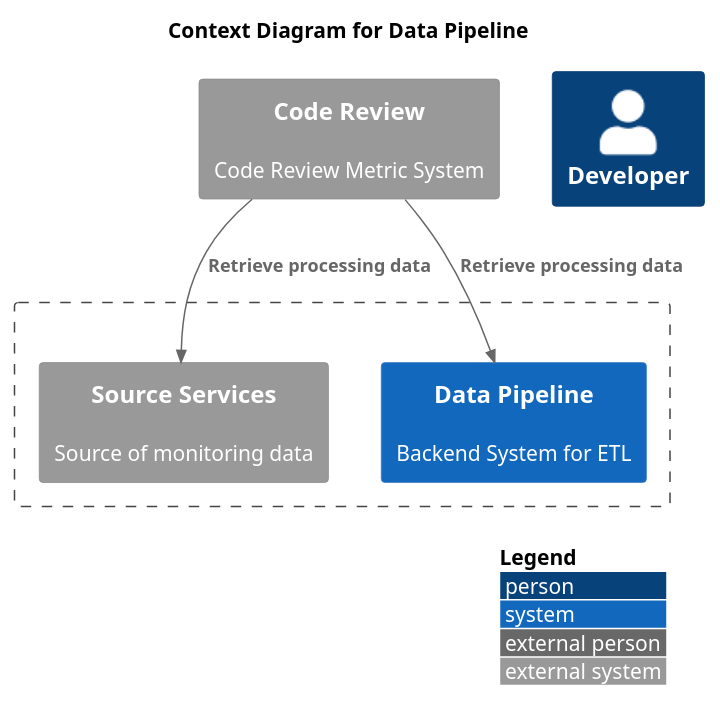
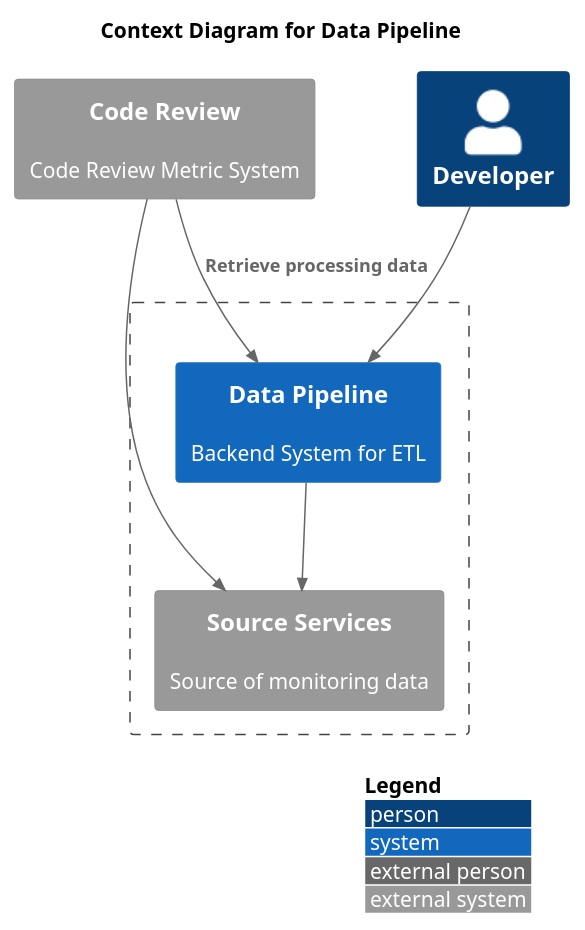
The diagram in _diary/2024-06-19.md (yanghoon/obsidian-workspace), drawn with PlantUML before and after one commit.

Commit message:
vault backup: 2024-06-19 22:28:23

````diff
--- a/_diary/2024-06-19.md
+++ b/_diary/2024-06-19.md
@@ -3,17 +3,19 @@
 ```plantuml
 !include <C4/C4_Context.puml>
 
 LAYOUT_WITH_LEGEND()
 
 title Context Diagram for Data Pipeline
 
 System_Ext(review, "Code Review", "Code Review Metric System")
 Boundary(system, "") {
 	System_Ext(service, "Source Services", "Source of monitoring data")
 	System(app, "Data Pipeline", "Backend System for ETL")
 }
 Person(developer, "Developer", "")
 
 Rel(review, app, "Retrieve processing data")
-Rel(review, service, "Retrieve processing data")
+Rel(review, service, "")
+Rel(app, service, "")
+Rel(developer, app, "")
 ```
````
